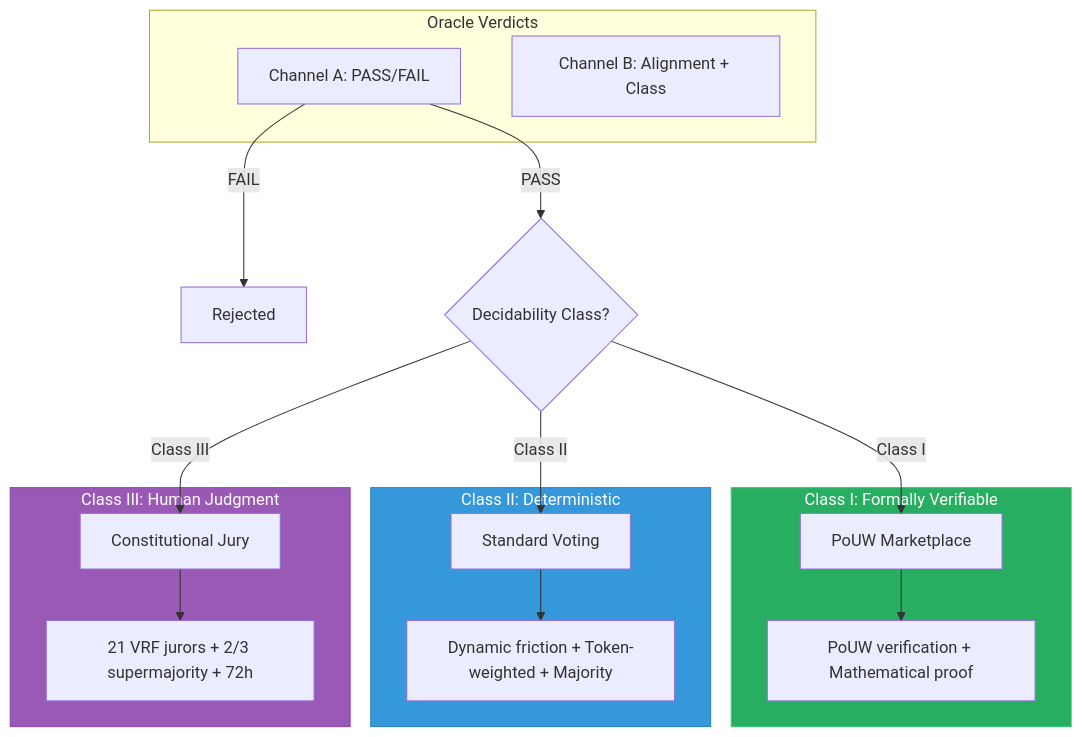
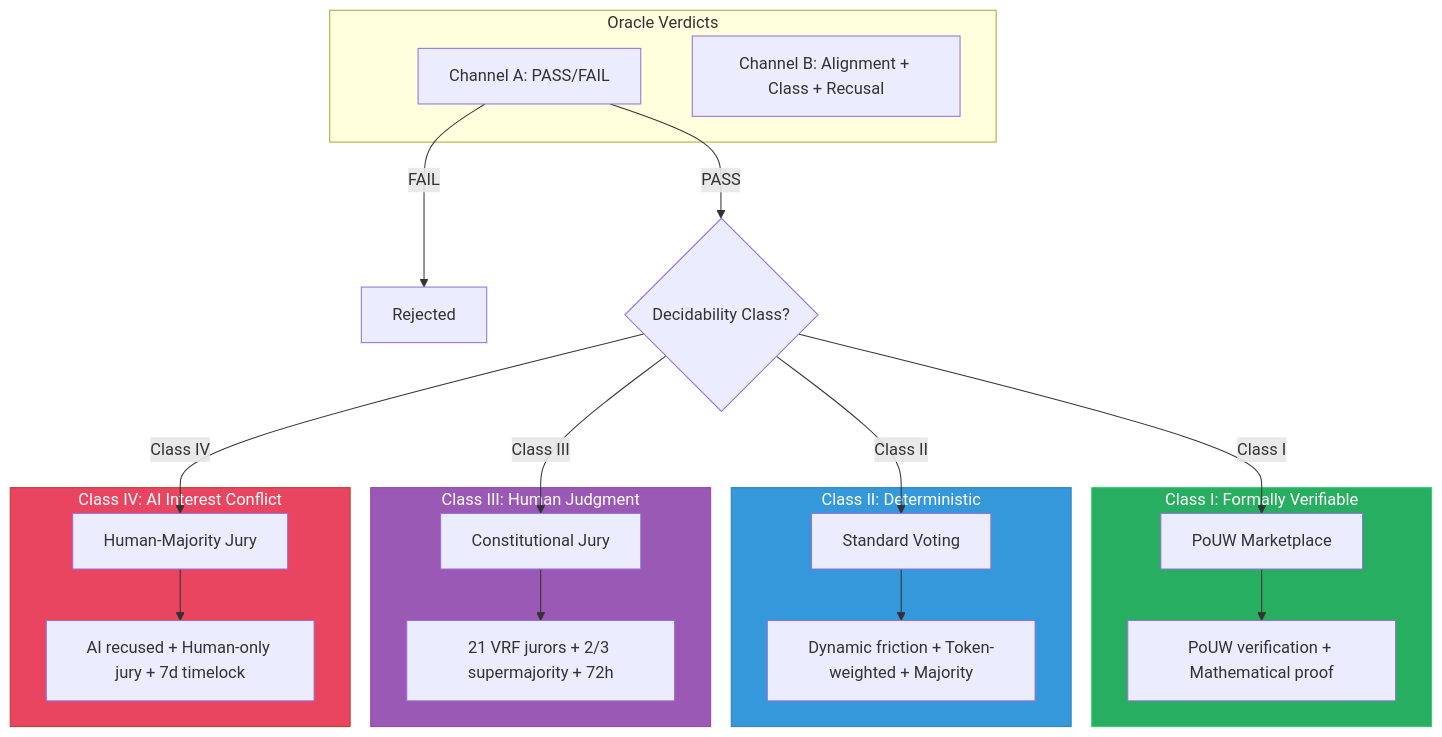
Diagram 15 of 21 in README.md (Quigles1337/AI-Constitutional-DAO), drawn with Mermaid before and after one commit. The commit also changed other lines of this file and 8 other files, not shown here.

````diff
--- a/README.md
+++ b/README.md
@@ -598,30 +648,36 @@
 ```mermaid
 flowchart TB
     subgraph Input["Oracle Verdicts"]
         CA[Channel A: PASS/FAIL]
-        CB[Channel B: Alignment + Class]
+        CB[Channel B: Alignment + Class + Recusal]
     end
 
     CA -->|FAIL| REJ[Rejected]
     CA -->|PASS| ROUTE{Decidability Class?}
 
     ROUTE -->|Class I| POUW[PoUW Marketplace]
     ROUTE -->|Class II| VOTE[Standard Voting]
     ROUTE -->|Class III| JURY[Constitutional Jury]
+    ROUTE -->|Class IV| HMJURY[Human-Majority Jury]
 
     subgraph ClassI["Class I: Formally Verifiable"]
         POUW --> POUW_REQ["PoUW verification + Mathematical proof"]
     end
 
     subgraph ClassII["Class II: Deterministic"]
         VOTE --> VOTE_REQ["Dynamic friction + Token-weighted + Majority"]
     end
 
     subgraph ClassIII["Class III: Human Judgment"]
         JURY --> JURY_REQ["21 VRF jurors + 2/3 supermajority + 72h"]
     end
 
+    subgraph ClassIV["Class IV: AI Interest Conflict"]
+        HMJURY --> HMJURY_REQ["AI recused + Human-only jury + 7d timelock"]
+    end
+
     style ClassI fill:#27ae60,stroke:#2ecc71,color:#fff
     style ClassII fill:#3498db,stroke:#2980b9,color:#fff
     style ClassIII fill:#9b59b6,stroke:#8e44ad,color:#fff
+    style ClassIV fill:#e94560,stroke:#c0392b,color:#fff
 ```
````
